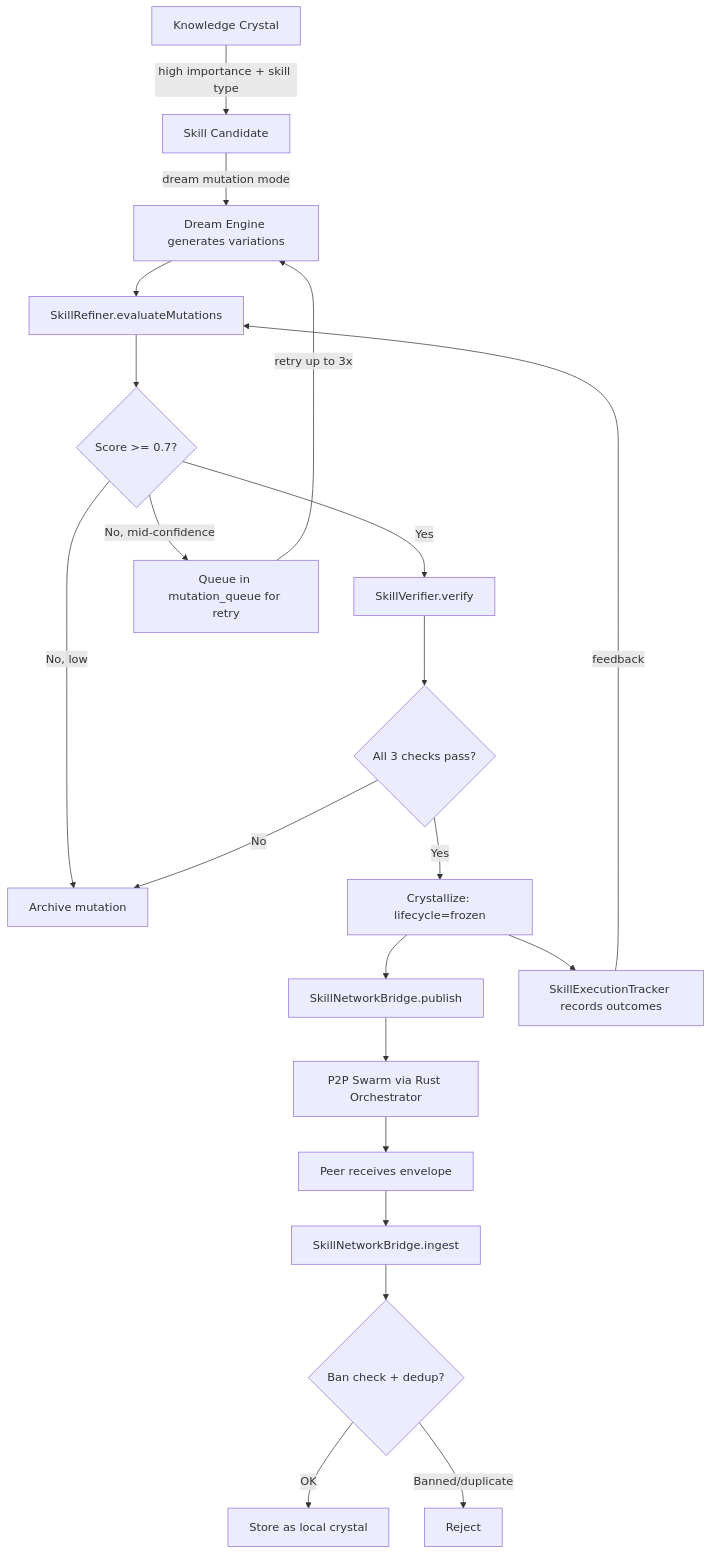
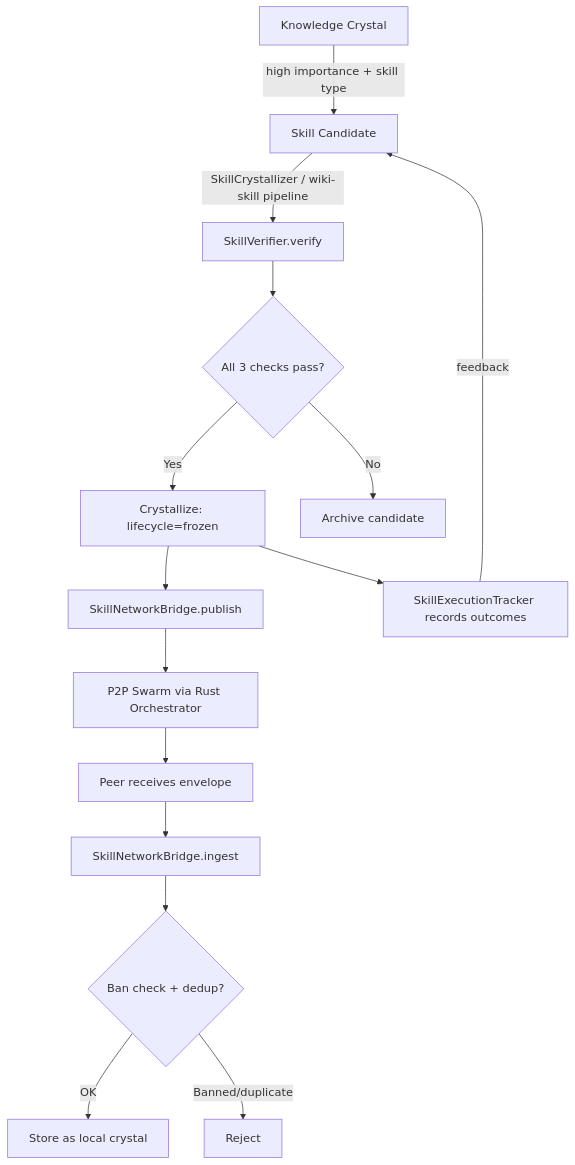
One commit to Bitterbot-AI/bitterbot-desktop changed the first of 5 diagrams in docs/memory/skills-pipeline.md. Above: the diagram before and after it, drawn with Mermaid. The commit also changed other lines of this file and 40 other files, not shown here.

First line of the commit message:
feat(skills): PLAN-45 Phase 1.4 — retire the legacy skill producers (refiner, mutation/research modes, PLAN-21 slow update, pareto, prompt optimization)

````diff
--- a/docs/memory/skills-pipeline.md
+++ b/docs/memory/skills-pipeline.md
@@ -44,23 +43,17 @@
 ```mermaid
 flowchart TB
     A[Knowledge Crystal] -->|high importance + skill type| B[Skill Candidate]
-    B -->|dream mutation mode| C[Dream Engine generates variations]
-    C --> D[SkillRefiner.evaluateMutations]
-    D --> E{Score >= 0.7?}
-    E -->|Yes| F[SkillVerifier.verify]
-    E -->|No, mid-confidence| G[Queue in mutation_queue for retry]
-    E -->|No, low| H[Archive mutation]
-    G -->|retry up to 3x| C
+    B -->|SkillCrystallizer / wiki-skill pipeline| F[SkillVerifier.verify]
     F --> I{All 3 checks pass?}
     I -->|Yes| J[Crystallize: lifecycle=frozen]
-    I -->|No| H
+    I -->|No| H[Archive candidate]
     J --> K[SkillNetworkBridge.publish]
     K --> L[P2P Swarm via Rust Orchestrator]
     L --> M[Peer receives envelope]
     M --> N[SkillNetworkBridge.ingest]
     N --> O{Ban check + dedup?}
     O -->|OK| P[Store as local crystal]
     O -->|Banned/duplicate| Q[Reject]
     J --> R[SkillExecutionTracker records outcomes]
-    R -->|feedback| D
+    R -->|feedback| B
 ```
````
